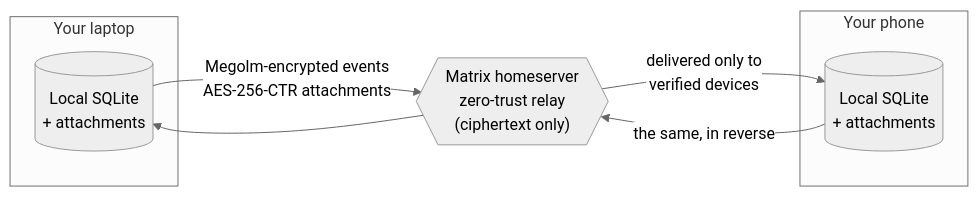
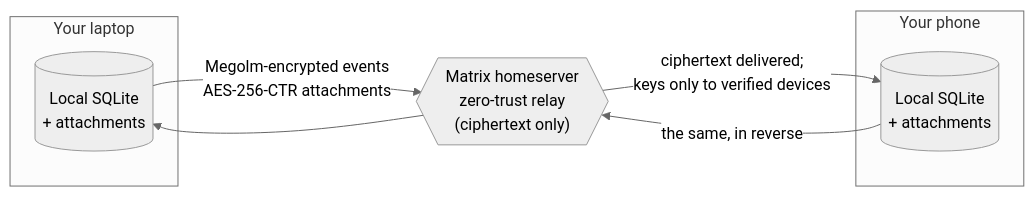
Before and after one commit to matthiasn/lotti: the first of 2 diagrams in README.md, drawn with Mermaid (neutral theme). The commit also changed other lines of this file, not shown here.

````diff
--- a/README.md
+++ b/README.md
@@ -70,14 +72,14 @@
 ```mermaid
 flowchart LR
     subgraph D1["Your laptop"]
         L1[(Local SQLite<br/>+ attachments)]
     end
     subgraph D2["Your phone"]
         L2[(Local SQLite<br/>+ attachments)]
     end
     R{{"Matrix homeserver<br/>zero-trust relay<br/>(ciphertext only)"}}
     L1 -- "Megolm-encrypted events<br/>AES-256-CTR attachments" --> R
-    R -- "delivered only to<br/>verified devices" --> L2
+    R -- "ciphertext delivered;<br/>keys only to verified devices" --> L2
     L2 -- "the same, in reverse" --> R
     R --> L1
 ```
````
